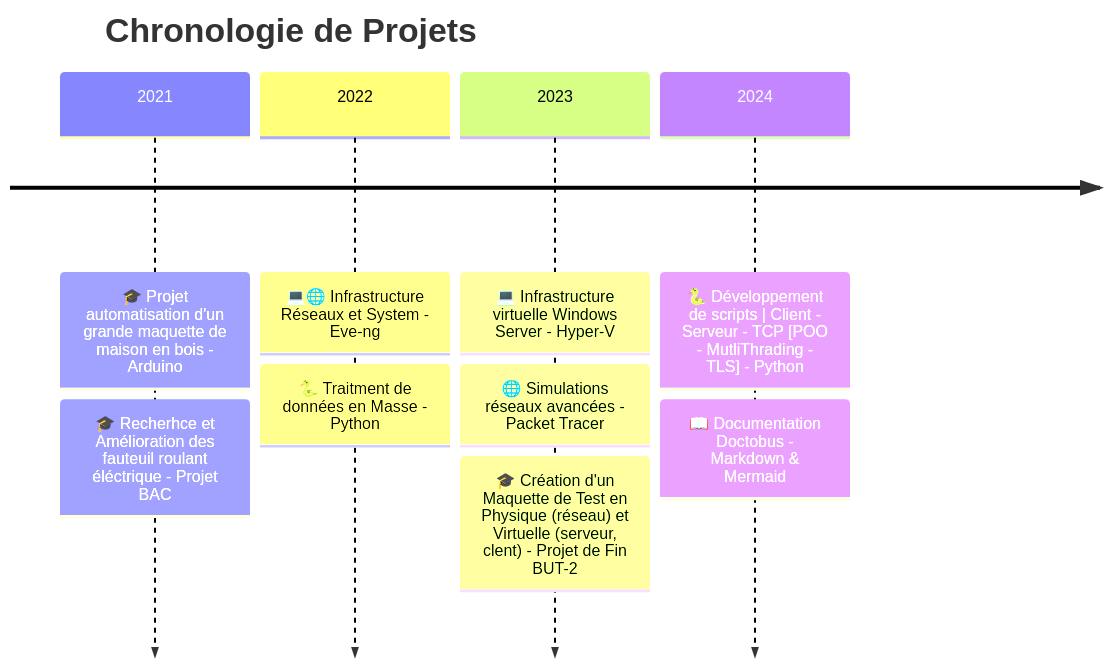
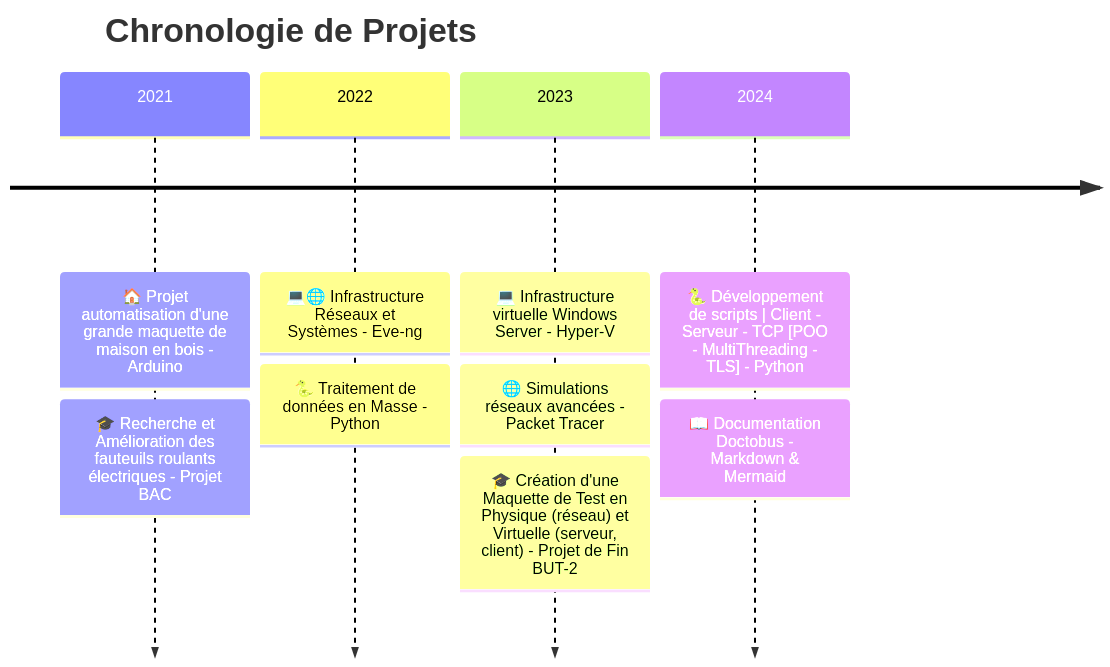
Before and after one commit to Coucou74/Coucou74: the diagram in README.md, drawn with Mermaid. The commit also changed other lines of this file, not shown here.

````diff
--- a/README.md
+++ b/README.md
@@ -54,13 +54,13 @@
 ```mermaid
-    timeline
-        title Chronologie de Projets
-        2021 : 🎓 Projet automatisation d'un grande maquette de maison en bois - Arduino
-             : 🎓 Recherhce et Amélioration des fauteuil roulant éléctrique - Projet BAC
-        2022 : 💻🌐 Infrastructure Réseaux et System - Eve-ng
-             : 🐍 Traitment de données en Masse - Python
-        2023 : 💻 Infrastructure virtuelle Windows Server - Hyper-V
-             : 🌐 Simulations réseaux avancées - Packet Tracer
-             : 🎓 Création d'un Maquette de Test en Physique (réseau) et Virtuelle (serveur, clent) - Projet de Fin BUT-2
-        2024 : 🐍 Développement de scripts | Client - Serveur - TCP [POO - MutliThrading - TLS] - Python
-             : 📖 Documentation Doctobus - Markdown & Mermaid
+timeline
+    title Chronologie de Projets
+    2021 : 🏠 Projet automatisation d'une grande maquette de maison en bois - Arduino
+         : 🎓 Recherche et Amélioration des fauteuils roulants électriques - Projet BAC
+    2022 : 💻🌐 Infrastructure Réseaux et Systèmes - Eve-ng
+         : 🐍 Traitement de données en Masse - Python
+    2023 : 💻 Infrastructure virtuelle Windows Server - Hyper-V
+         : 🌐 Simulations réseaux avancées - Packet Tracer
+         : 🎓 Création d'une Maquette de Test en Physique (réseau) et Virtuelle (serveur, client) - Projet de Fin BUT-2
+    2024 : 🐍 Développement de scripts | Client - Serveur - TCP [POO - MultiThreading - TLS] - Python
+         : 📖 Documentation Doctobus - Markdown & Mermaid
 ```
````
